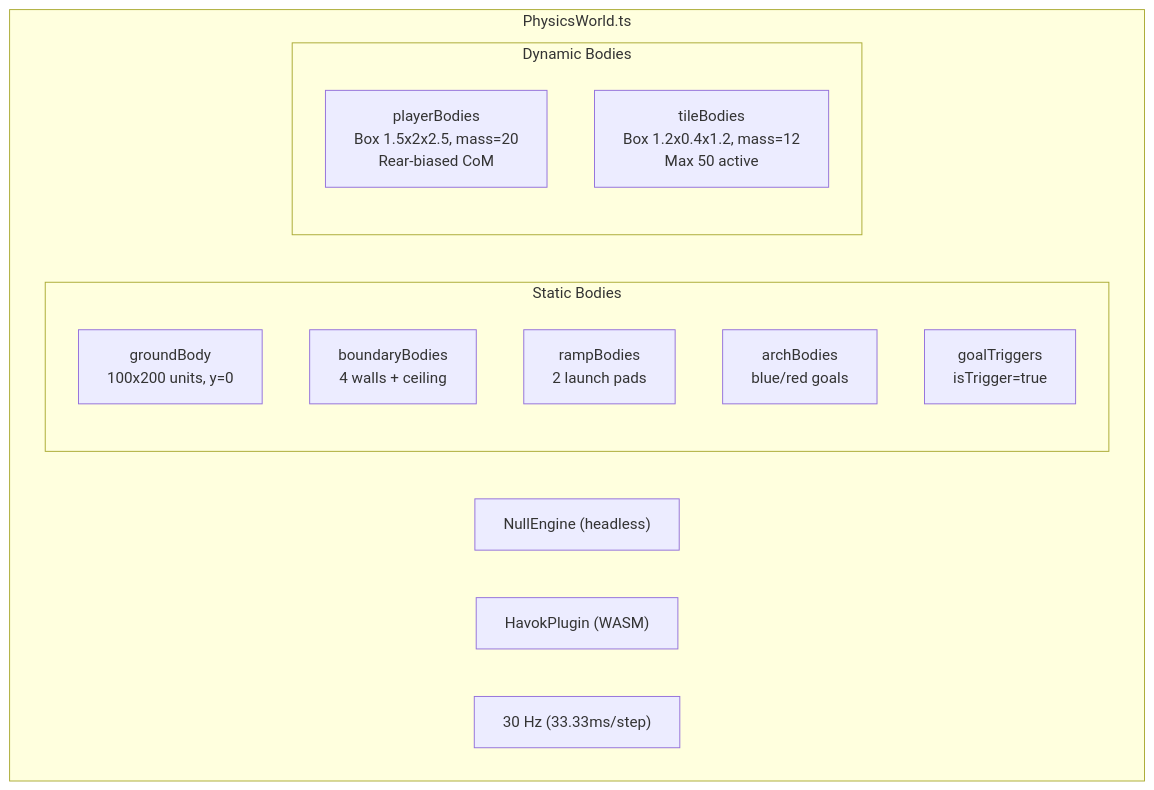
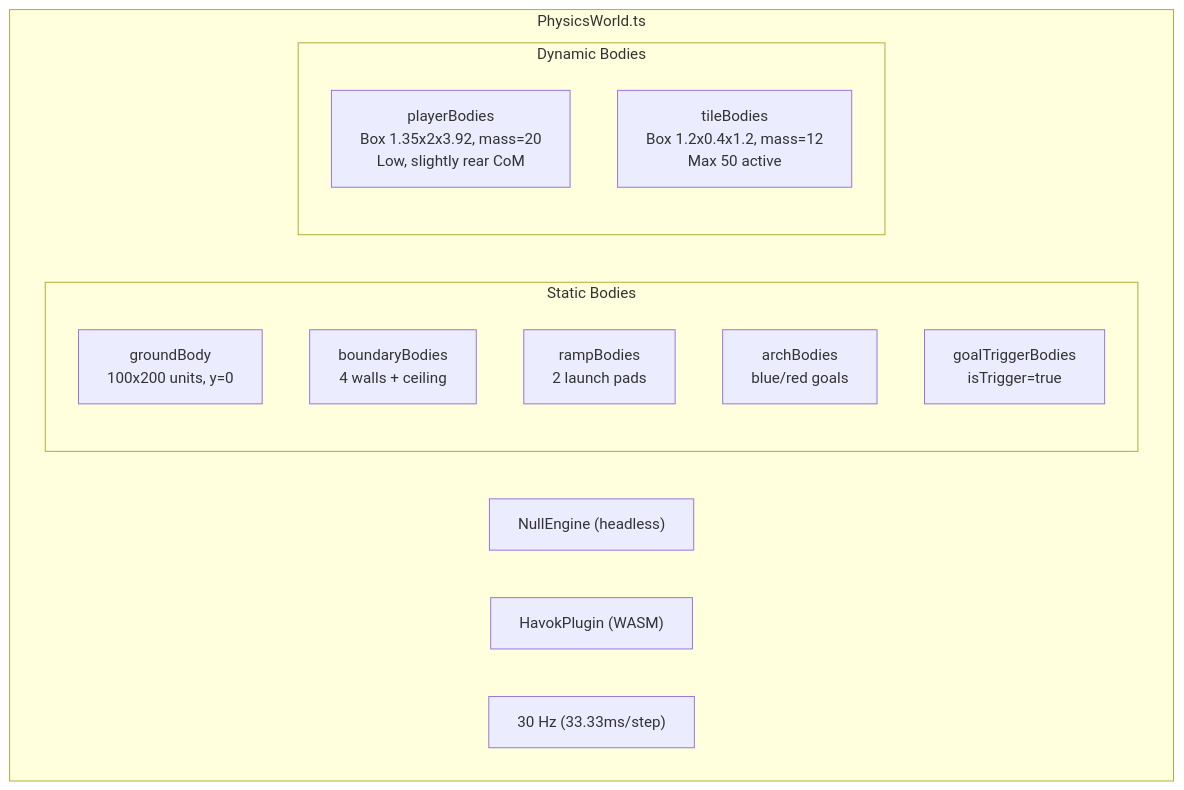
One commit to nguyenvanduocit/the-car-game changed the eighth of 8 diagrams in docs/ARCHITECTURE.md. Above: the diagram before and after it, drawn with Mermaid. The commit also changed other lines of this file and 18 other files, not shown here.

````diff
--- a/docs/ARCHITECTURE.md
+++ b/docs/ARCHITECTURE.md
@@ -385,21 +401,21 @@
 ```mermaid
 graph TB
     subgraph PhysicsWorld["PhysicsWorld.ts"]
         Engine["NullEngine (headless)"]
         Plugin["HavokPlugin (WASM)"]
         Rate["30 Hz (33.33ms/step)"]
 
         subgraph Static["Static Bodies"]
             ground["groundBody<br/>100x200 units, y=0"]
             walls["boundaryBodies<br/>4 walls + ceiling"]
             ramps["rampBodies<br/>2 launch pads"]
             arches["archBodies<br/>blue/red goals"]
-            triggers["goalTriggers<br/>isTrigger=true"]
+            triggers["goalTriggerBodies<br/>isTrigger=true"]
         end
 
         subgraph Dynamic["Dynamic Bodies"]
-            players["playerBodies<br/>Box 1.5x2x2.5, mass=20<br/>Rear-biased CoM"]
+            players["playerBodies<br/>Box 1.35x2x3.92, mass=20<br/>Low, slightly rear CoM"]
             tiles["tileBodies<br/>Box 1.2x0.4x1.2, mass=12<br/>Max 50 active"]
         end
     end
 ```
````
